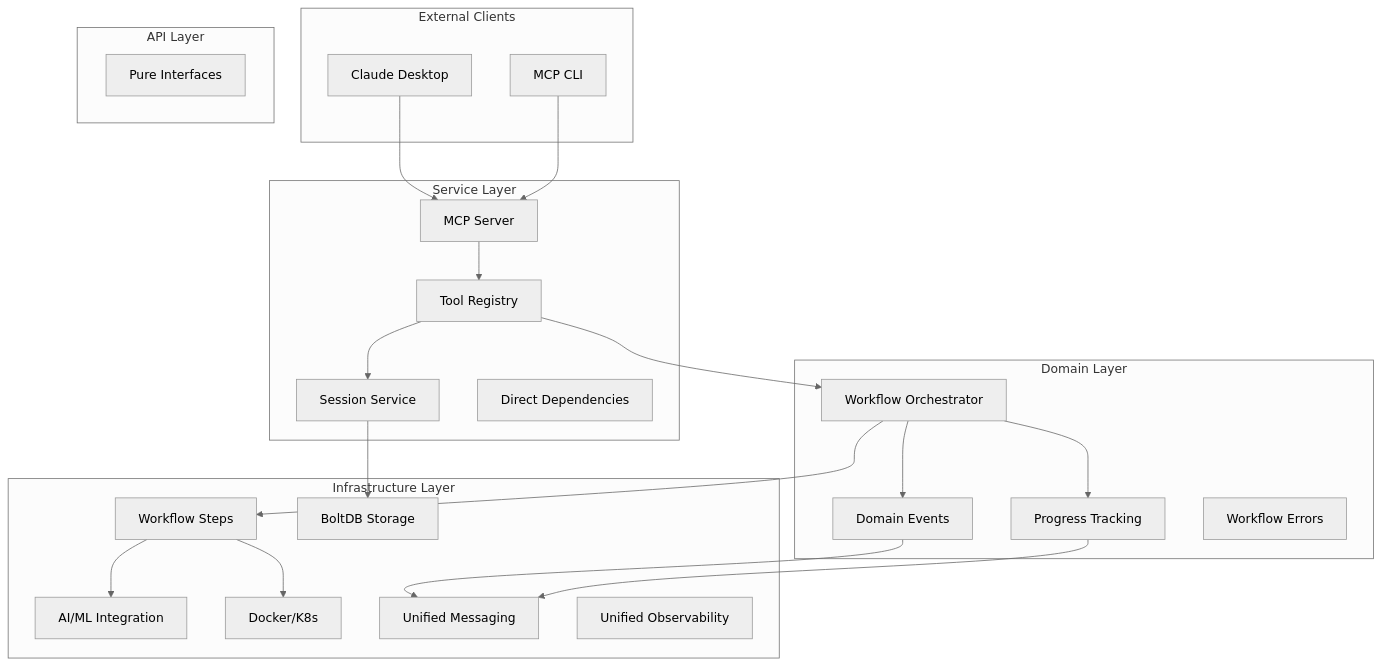
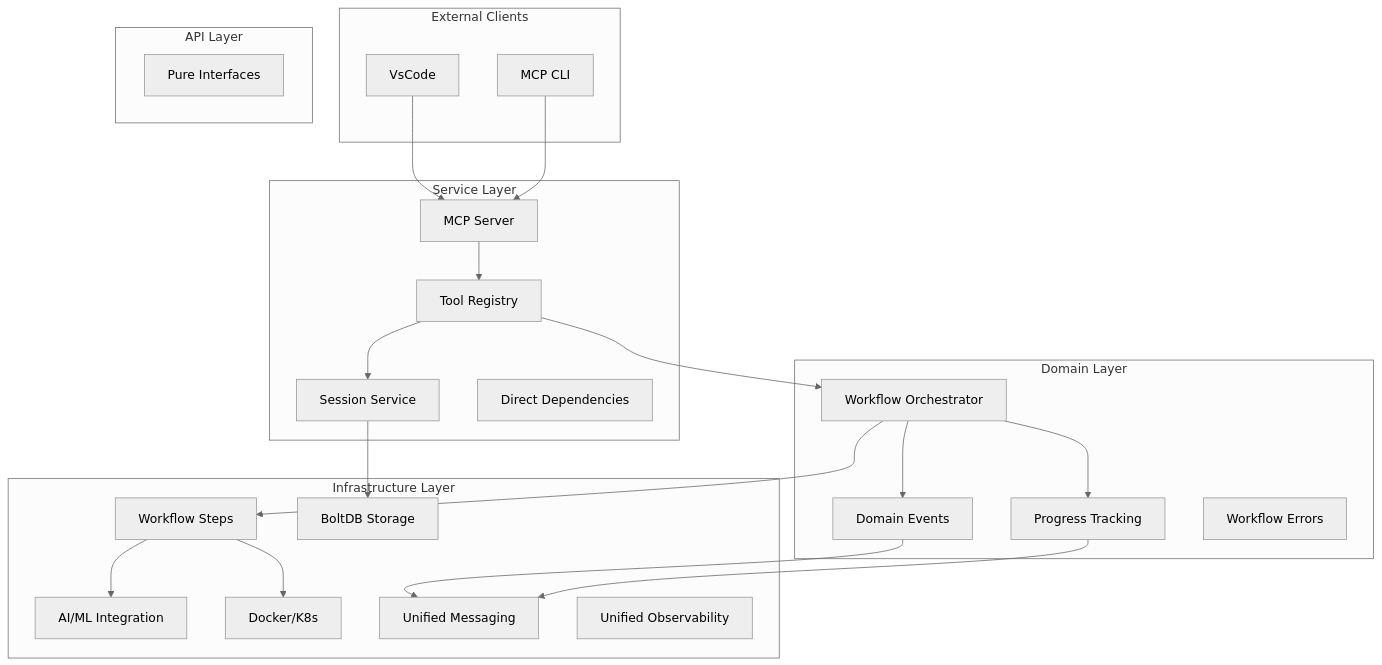
Before and after one commit to Azure/containerization-assist: the diagram in README.md, drawn with Mermaid (neutral theme). The commit also changed 5 other files, not shown here.

````diff
--- a/README.md
+++ b/README.md
@@ -91,51 +91,51 @@
 ```mermaid
 graph TB
     %% External layer
     subgraph "External Clients"
-        Claude[Claude Desktop]
+        VsCode[VsCode]
         CLI[MCP CLI]
     end
 
     %% 4-Layer Architecture
     subgraph "API Layer"
         Interfaces[Pure Interfaces]
     end
 
     subgraph "Service Layer"
         Server[MCP Server]
         Tools[Tool Registry]
         Session[Session Service]
         DI[Direct Dependencies]
     end
 
     subgraph "Domain Layer"
         Workflow[Workflow Orchestrator]
         Events[Domain Events]
         Progress[Progress Tracking]
         Errors[Workflow Errors]
     end
 
     subgraph "Infrastructure Layer"
         Steps[Workflow Steps]
         AI[AI/ML Integration]
         Docker[Docker/K8s]
         Storage[BoltDB Storage]
         Messaging[Unified Messaging]
         Observability[Unified Observability]
     end
 
     %% Connections
-    Claude --> Server
+    VsCode --> Server
     CLI --> Server
     Server --> Tools
     Tools --> Session
     Tools --> Workflow
     Workflow --> Events
     Workflow --> Progress
     Workflow --> Steps
     Steps --> AI
     Steps --> Docker
     Session --> Storage
     Events --> Messaging
     Progress --> Messaging
 ```
````
